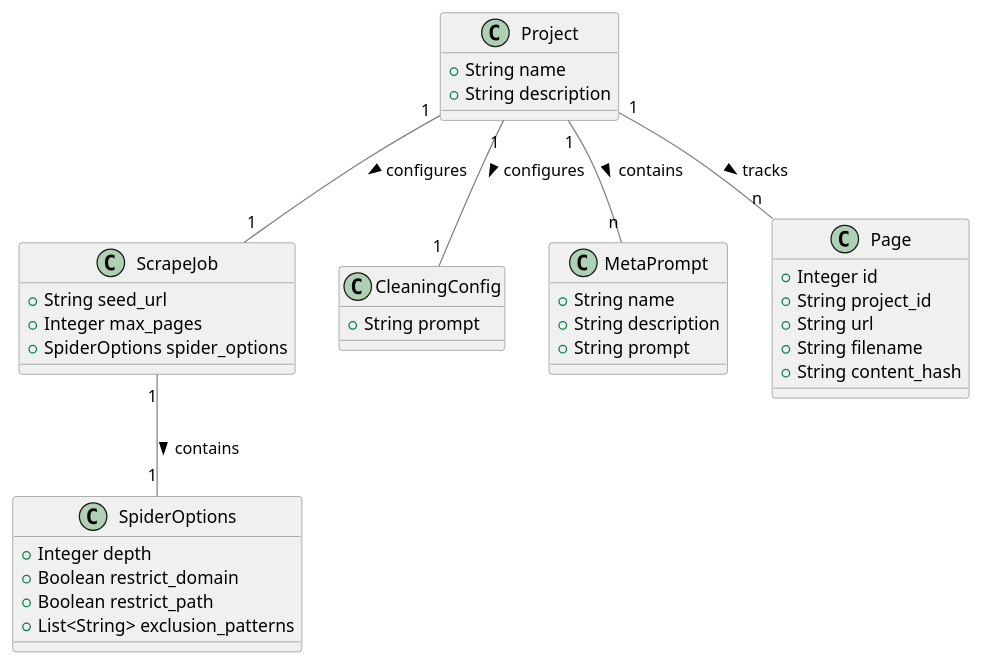
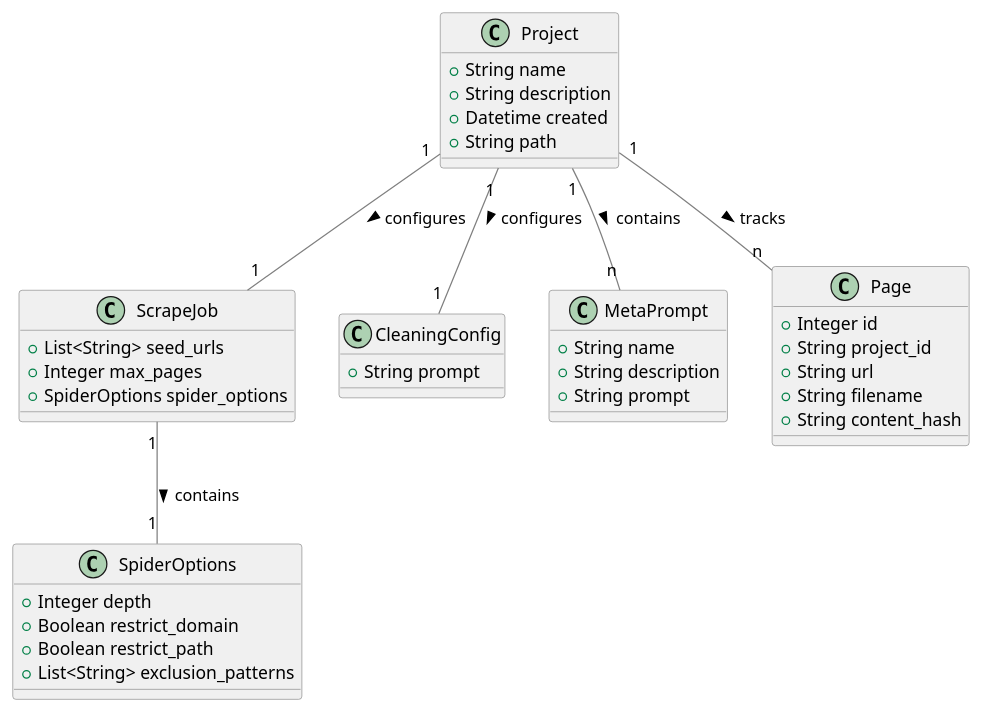
The first of 7 diagrams in specs/project.md (olafgeibig/meta-prompter), drawn with PlantUML before and after one commit. The commit also changed other lines of this file and 2 other files, not shown here.

````diff
--- a/specs/project.md
+++ b/specs/project.md
@@ -57,52 +59,54 @@
 ```plantuml
 @startuml
 skinparam backgroundColor #FFFFFF
 skinparam class {
     BackgroundColor #F0F0F0
     BorderColor #808080
     ArrowColor #808080
 }
 
 class Project {
     +String name
     +String description
+    +Datetime created
+    +String path
 }
 
 class ScrapeJob {
-    +String seed_url
+    +List<String> seed_urls
     +Integer max_pages
     +SpiderOptions spider_options
 }
 
 class SpiderOptions {
     +Integer depth
     +Boolean restrict_domain
     +Boolean restrict_path
     +List<String> exclusion_patterns
 }
 
 class CleaningConfig {
     +String prompt
 }
 
 class MetaPrompt {
     +String name
     +String description
     +String prompt
 }
 
 class Page {
     +Integer id
     +String project_id
     +String url
     +String filename
     +String content_hash
 }
 
 Project "1" -- "1" ScrapeJob : configures >
 ScrapeJob "1" -- "1" SpiderOptions : contains >
 Project "1" -- "1" CleaningConfig : configures >
 Project "1" -- "n" MetaPrompt : contains >
 Project "1" -- "n" Page : tracks >
 @enduml
 ```
````
